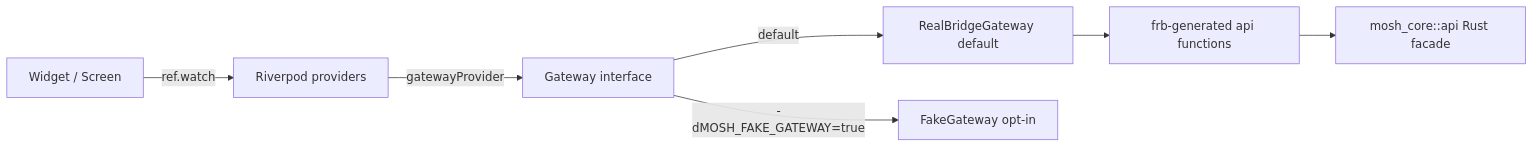
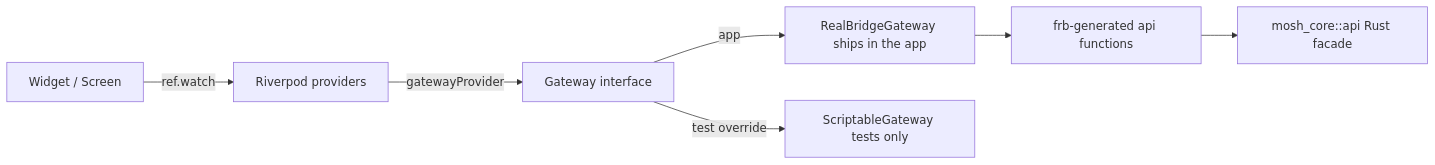
Before and after one commit to redstone-md/mosh-flutter: the third of 5 diagrams in docs/Architecture.md, drawn with Mermaid. The commit also changed other lines of this file and 63 other files, not shown here.

First line of the commit message:
test(gateway): one scriptable gateway for the whole suite

````diff
--- a/docs/Architecture.md
+++ b/docs/Architecture.md
@@ -71,17 +71,17 @@
 ```mermaid
 flowchart LR
     Widget[Widget / Screen]
     Providers[Riverpod providers]
     GW[Gateway interface]
-    Real[RealBridgeGateway default]
-    Fake[FakeGateway opt-in]
+    Real[RealBridgeGateway ships in the app]
+    Fake[ScriptableGateway tests only]
     Frb[frb-generated api functions]
     Core[mosh_core::api Rust facade]
 
     Widget -->|ref.watch| Providers
     Providers -->|gatewayProvider| GW
-    GW -->|default| Real
-    GW -->|"-dMOSH_FAKE_GATEWAY=true"| Fake
+    GW -->|app| Real
+    GW -->|"test override"| Fake
     Real --> Frb
     Frb --> Core
 ```
````
